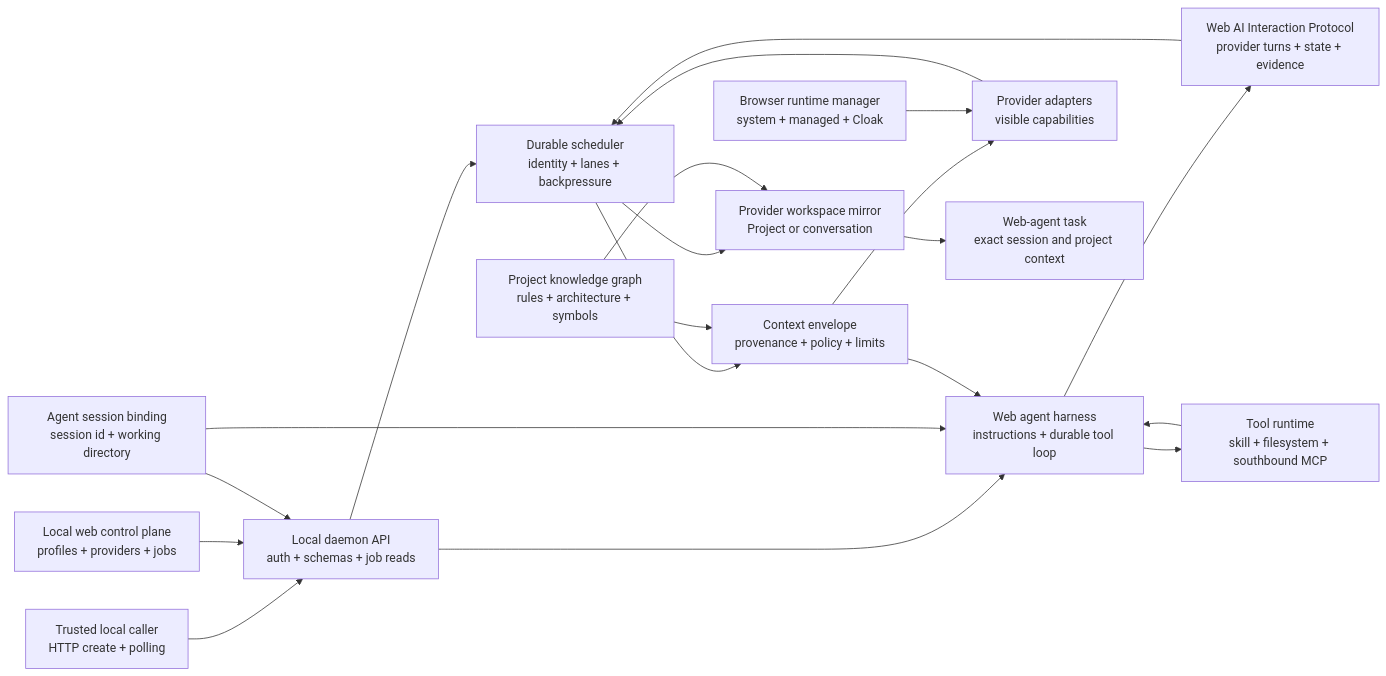
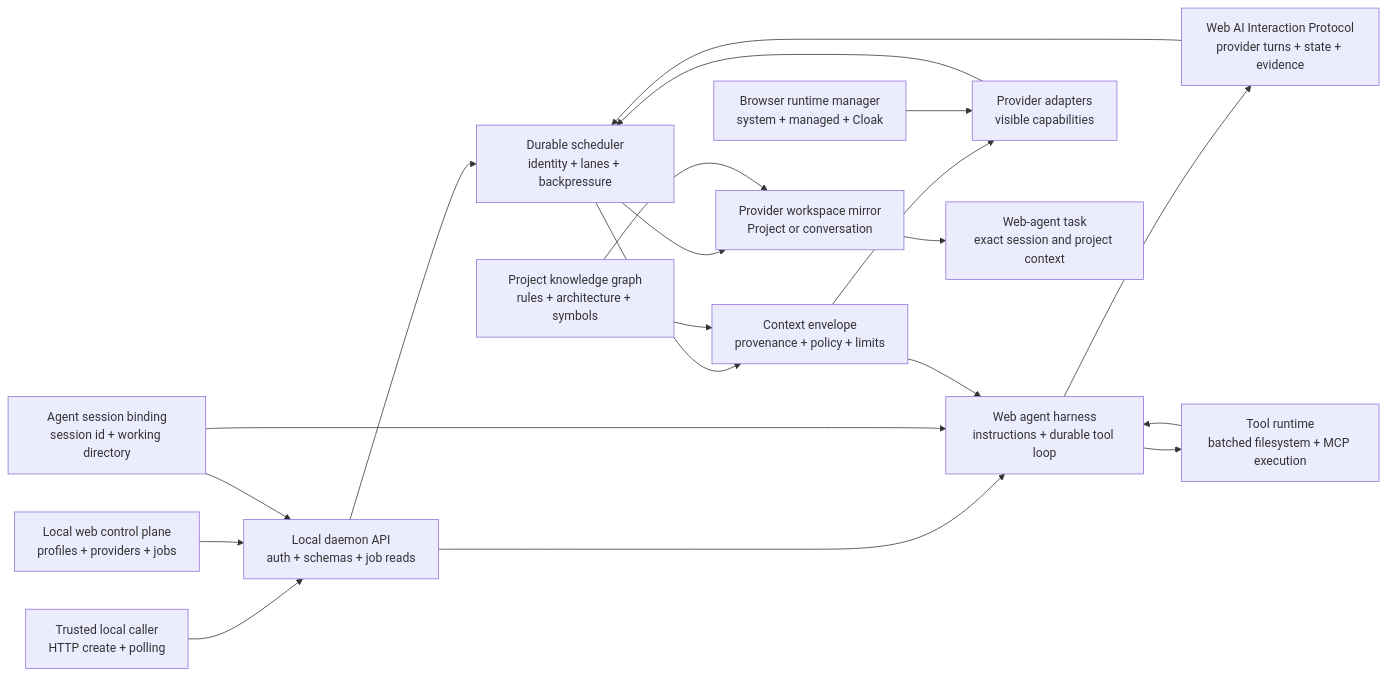
One commit to jazelly/tokenless changed the diagram in docs/roadmaps/README.md. Above: the diagram before and after it, drawn with Mermaid. The commit also changed other lines of this file and 6 other files, not shown here.

Commit message:
docs(roadmaps): clarify batched harness and Windows acceptance

````diff
--- a/docs/roadmaps/README.md
+++ b/docs/roadmaps/README.md
@@ -62,37 +62,37 @@
 ```mermaid
 flowchart LR
   Caller["Trusted local caller<br/>HTTP create + polling"]
   UI["Local web control plane<br/>profiles + providers + jobs"]
   API["Local daemon API<br/>auth + schemas + job reads"]
   Session["Agent session binding<br/>session id + working directory"]
   Scheduler["Durable scheduler<br/>identity + lanes + backpressure"]
   Context["Context envelope<br/>provenance + policy + limits"]
   Harness["Web agent harness<br/>instructions + durable tool loop"]
   Protocol["Web AI Interaction Protocol<br/>provider turns + state + evidence"]
-  Tools["Tool runtime<br/>skill + filesystem + southbound MCP"]
+  Tools["Tool runtime<br/>batched filesystem + MCP execution"]
   Graph["Project knowledge graph<br/>rules + architecture + symbols"]
   Browser["Browser runtime manager<br/>system + managed + Cloak"]
   Provider["Provider adapters<br/>visible capabilities"]
   Workspace["Provider workspace mirror<br/>Project or conversation"]
   Task["Web-agent task<br/>exact session and project context"]
 
   Caller --> API
   UI --> API
   Session --> API
   API --> Scheduler
   Scheduler --> Context
   Graph --> Context
   API --> Harness
   Session --> Harness
   Context --> Harness
   Harness --> Protocol
   Protocol --> Scheduler
   Harness --> Tools
   Tools --> Harness
   Context --> Provider
   Browser --> Provider
   Provider --> Scheduler
   Scheduler --> Workspace
   Graph --> Workspace
   Workspace --> Task
 ```
````
